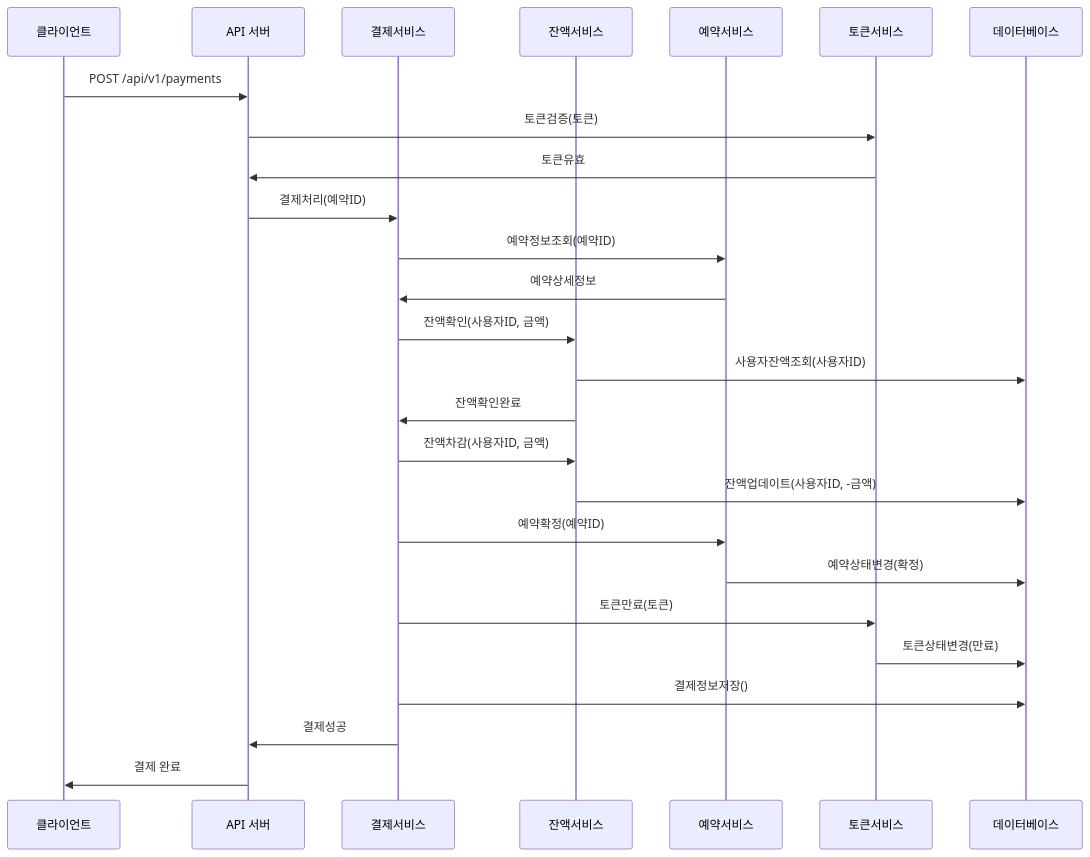
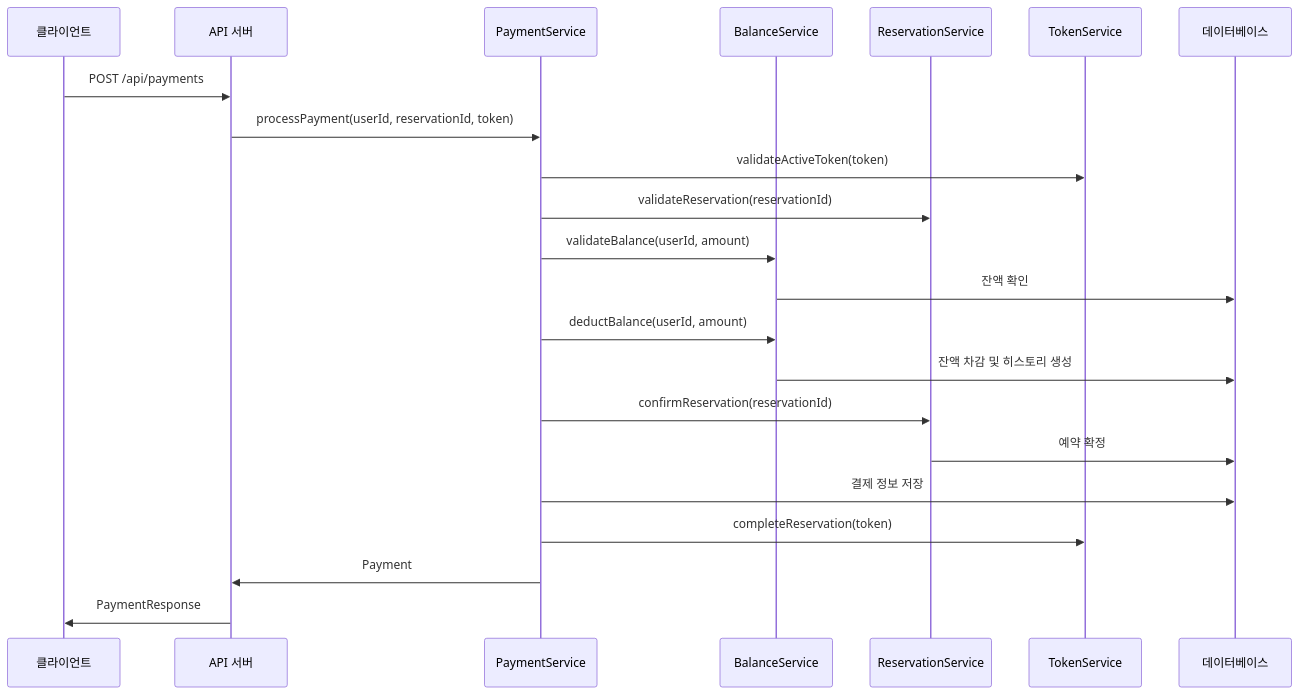
Before and after one commit to hanghae99-backend/2-SERVICE: the third of 5 diagrams in README.md, drawn with Mermaid. The commit also changed other lines of this file and 4 other files, not shown here.

````diff
--- a/README.md
+++ b/README.md
@@ -83,35 +103,29 @@
 ```mermaid
 sequenceDiagram
     participant C as 클라이언트
     participant API as API 서버
-    participant PS as 결제서비스
-    participant BS as 잔액서비스
-    participant RS as 예약서비스
-    participant TS as 토큰서비스
+    participant PS as PaymentService
+    participant BS as BalanceService
+    participant RS as ReservationService
+    participant TS as TokenService
     participant DB as 데이터베이스
     
-    C->>API: POST /api/v1/payments
-    API->>TS: 토큰검증(토큰)
-    TS->>API: 토큰유효
+    C->>API: POST /api/payments
+    API->>PS: processPayment(userId, reservationId, token)
+    PS->>TS: validateActiveToken(token)
+    PS->>RS: validateReservation(reservationId)
     
-    API->>PS: 결제처리(예약ID)
-    PS->>RS: 예약정보조회(예약ID)
-    RS->>PS: 예약상세정보
+    PS->>BS: validateBalance(userId, amount)
+    BS->>DB: 잔액 확인
     
-    PS->>BS: 잔액확인(사용자ID, 금액)
-    BS->>DB: 사용자잔액조회(사용자ID)
-    BS->>PS: 잔액확인완료
+    PS->>BS: deductBalance(userId, amount)
+    BS->>DB: 잔액 차감 및 히스토리 생성
     
-    PS->>BS: 잔액차감(사용자ID, 금액)
-    BS->>DB: 잔액업데이트(사용자ID, -금액)
+    PS->>RS: confirmReservation(reservationId)
+    RS->>DB: 예약 확정
     
-    PS->>RS: 예약확정(예약ID)
-    RS->>DB: 예약상태변경(확정)
-    
-    PS->>TS: 토큰만료(토큰)
-    TS->>DB: 토큰상태변경(만료)
-    
-    PS->>DB: 결제정보저장()
-    PS->>API: 결제성공
-    API->>C: 결제 완료
+    PS->>DB: 결제 정보 저장
+    PS->>TS: completeReservation(token)
+    PS->>API: Payment
+    API->>C: PaymentResponse
 ```
````
